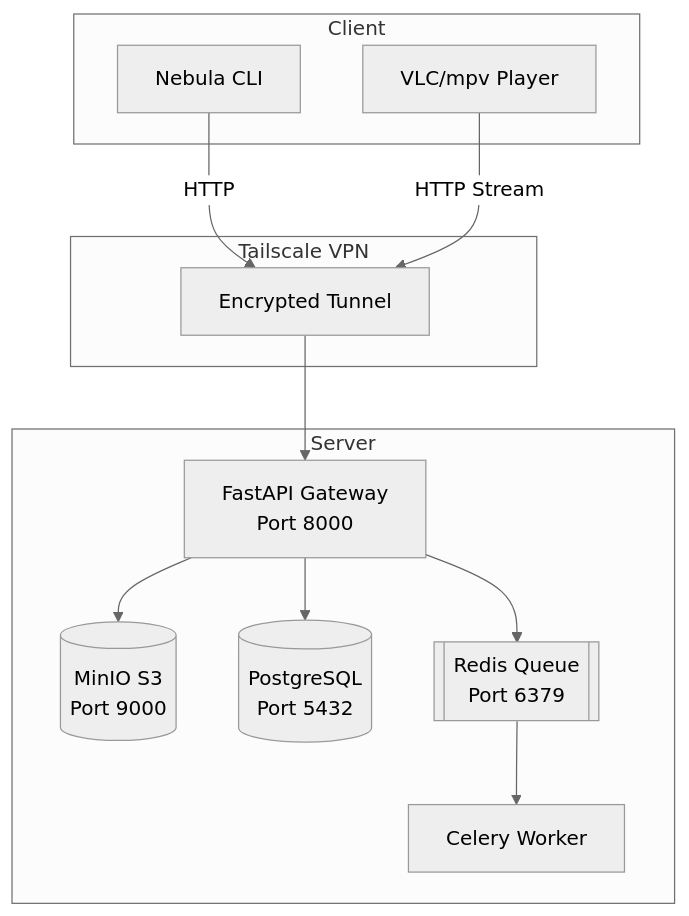
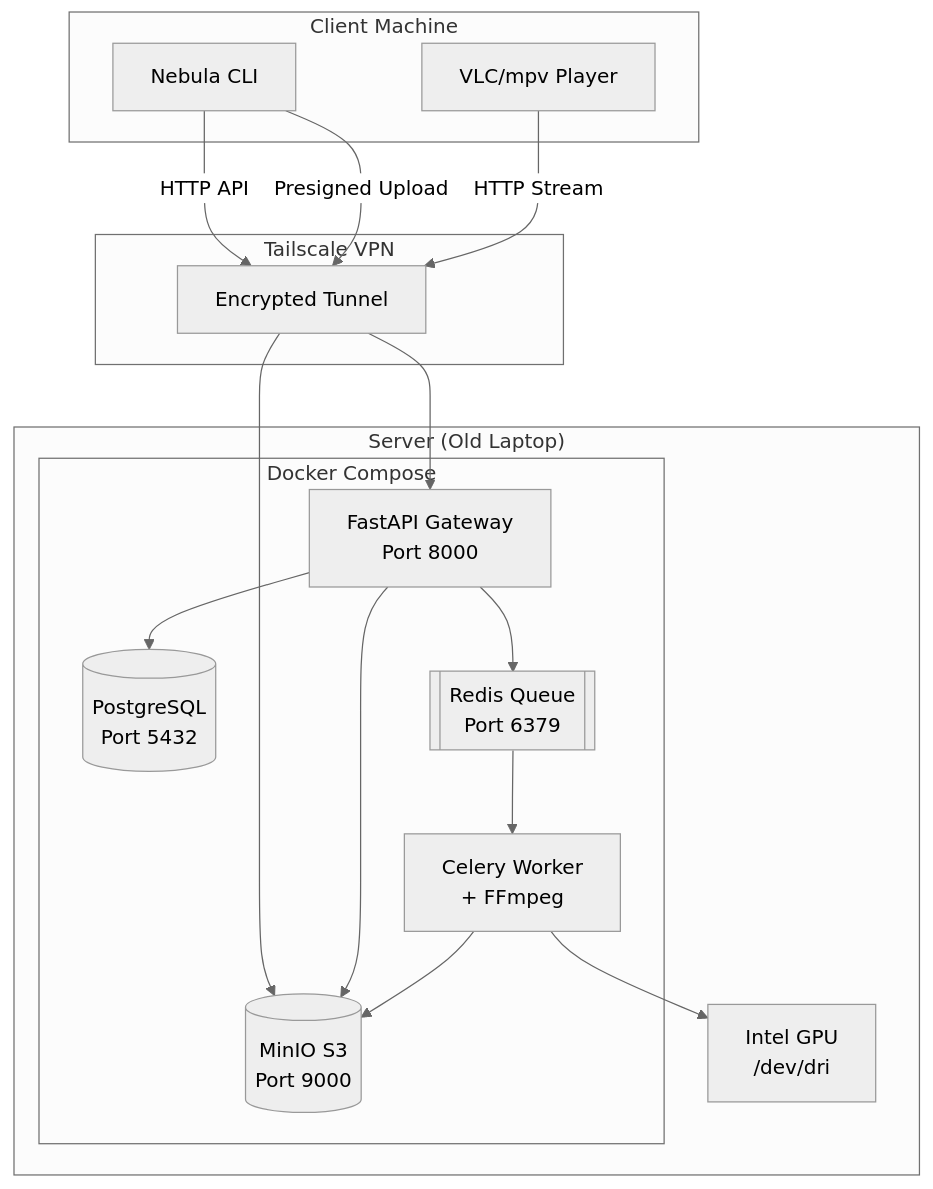
One commit to zeus-10/nebula changed the first of 2 diagrams in README.md. Above: the diagram before and after it, drawn with Mermaid (neutral theme). The commit also changed other lines of this file, not shown here.

````diff
--- a/README.md
+++ b/README.md
@@ -96,27 +255,34 @@
 ```mermaid
 graph TB
-    subgraph Client["Client"]
+    subgraph Client["Client Machine"]
         CLI[Nebula CLI]
         VLC[VLC/mpv Player]
     end
     
     subgraph Network["Tailscale VPN"]
         TS[Encrypted Tunnel]
     end
     
-    subgraph Server["Server"]
-        FastAPI[FastAPI Gateway<br/>Port 8000]
-        MinIO[(MinIO S3<br/>Port 9000)]
-        Postgres[(PostgreSQL<br/>Port 5432)]
-        Redis[[Redis Queue<br/>Port 6379]]
-        Celery[Celery Worker]
+    subgraph Server["Server (Old Laptop)"]
+        subgraph Docker["Docker Compose"]
+            FastAPI[FastAPI Gateway<br/>Port 8000]
+            MinIO[(MinIO S3<br/>Port 9000)]
+            Postgres[(PostgreSQL<br/>Port 5432)]
+            Redis[[Redis Queue<br/>Port 6379]]
+            Celery[Celery Worker<br/>+ FFmpeg]
+        end
+        GPU[Intel GPU<br/>/dev/dri]
     end
     
-    CLI -->|HTTP| TS
+    CLI -->|HTTP API| TS
+    CLI -->|Presigned Upload| TS
     VLC -->|HTTP Stream| TS
     TS --> FastAPI
+    TS --> MinIO
     FastAPI --> MinIO
     FastAPI --> Postgres
     FastAPI --> Redis
     Redis --> Celery
+    Celery --> MinIO
+    Celery --> GPU
 ```
````
